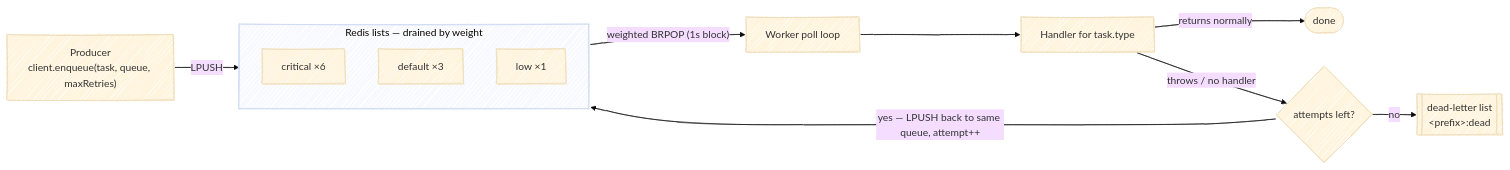
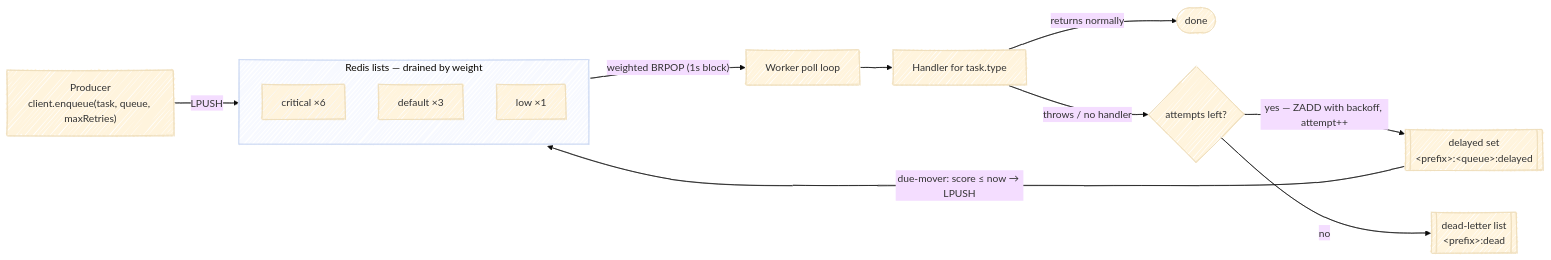
Before and after one commit to Yusufihsangorgel/redis_task_queue: the first of 2 diagrams in README.md, drawn with Mermaid (base theme). The commit also changed other lines of this file and 5 other files, not shown here.

````diff
--- a/README.md
+++ b/README.md
@@ -16,20 +16,21 @@
 ```mermaid
 ---
 config:
   look: handDrawn
 ---
 flowchart LR
     P["Producer<br/>client.enqueue(task, queue, maxRetries)"] -->|LPUSH| Q
     subgraph Q["Redis lists — drained by weight"]
       direction TB
       C["critical &times;6"]
       D["default &times;3"]
       L["low &times;1"]
     end
     Q -->|"weighted BRPOP (1s block)"| W["Worker poll loop"]
     W --> H["Handler for task.type"]
     H -->|returns normally| DONE(["done"])
     H -->|throws / no handler| R{"attempts left?"}
-    R -->|"yes — LPUSH back to same queue, attempt++"| Q
+    R -->|"yes — ZADD with backoff, attempt++"| Z[["delayed set<br/>&lt;prefix&gt;:&lt;queue&gt;:delayed"]]
+    Z -->|"due-mover: score &le; now &rarr; LPUSH"| Q
     R -->|no| DL[["dead-letter list<br/>&lt;prefix&gt;:dead"]]
 ```
````
